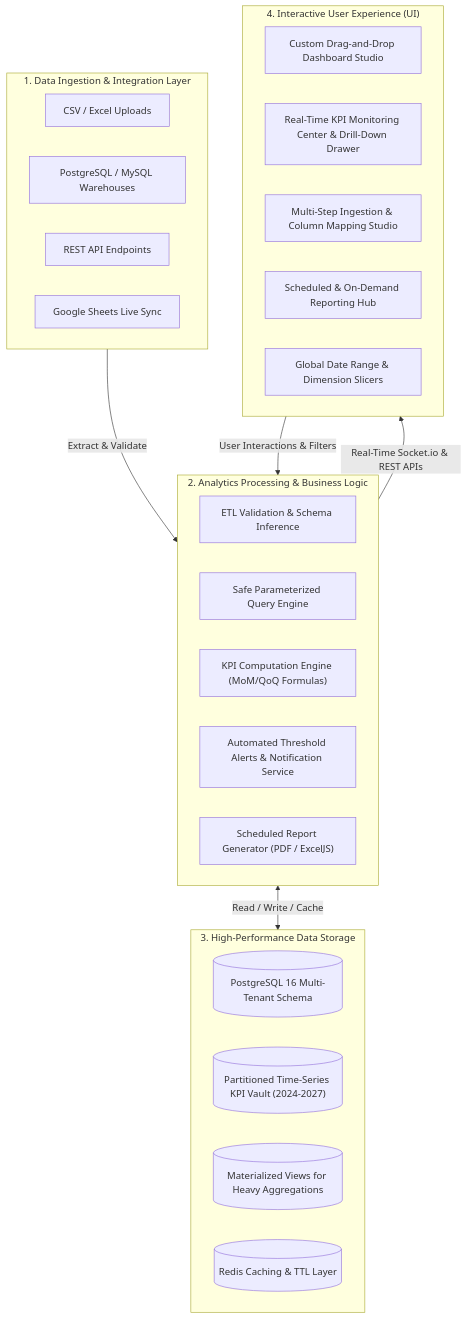
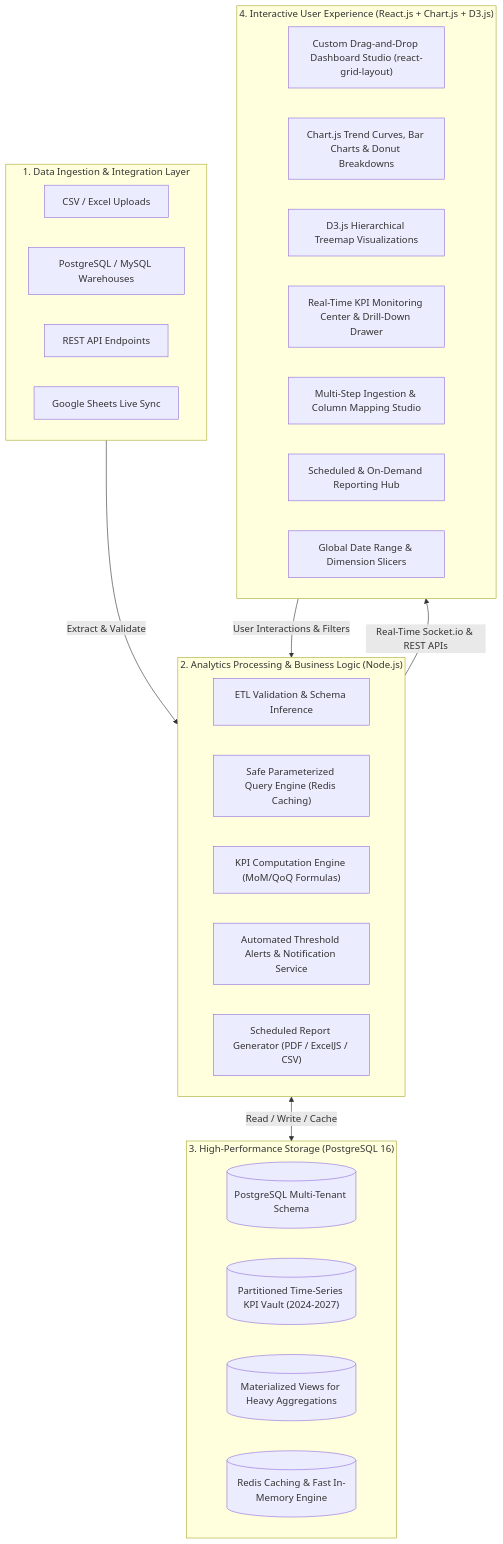
Before and after one commit to manyamahesh157/Data-Analytics-Business-Intelligence-Dashboard: the diagram in README.md, drawn with Mermaid. The commit also changed other lines of this file and 9 other files, not shown here.

Commit message:
feat: integrate D3.js treemap visualizer, add tech stack badges for React, Node, Postgres, Chart.js & D3.js

````diff
--- a/README.md
+++ b/README.md
@@ -12,37 +38,39 @@
 ```mermaid
 flowchart TD
     subgraph S1["1. Data Ingestion & Integration Layer"]
         A1["CSV / Excel Uploads"]
         A2["PostgreSQL / MySQL Warehouses"]
         A3["REST API Endpoints"]
         A4["Google Sheets Live Sync"]
     end
 
-    subgraph S2["2. Analytics Processing & Business Logic"]
+    subgraph S2["2. Analytics Processing & Business Logic (Node.js)"]
         B1["ETL Validation & Schema Inference"]
-        B2["Safe Parameterized Query Engine"]
+        B2["Safe Parameterized Query Engine (Redis Caching)"]
         B3["KPI Computation Engine (MoM/QoQ Formulas)"]
         B4["Automated Threshold Alerts & Notification Service"]
-        B5["Scheduled Report Generator (PDF / ExcelJS)"]
+        B5["Scheduled Report Generator (PDF / ExcelJS / CSV)"]
     end
 
-    subgraph S3["3. High-Performance Data Storage"]
-        C1[("PostgreSQL 16 Multi-Tenant Schema")]
+    subgraph S3["3. High-Performance Storage (PostgreSQL 16)"]
+        C1[("PostgreSQL Multi-Tenant Schema")]
         C2[("Partitioned Time-Series KPI Vault (2024-2027)")]
         C3[("Materialized Views for Heavy Aggregations")]
-        C4[("Redis Caching & TTL Layer")]
+        C4[("Redis Caching & Fast In-Memory Engine")]
     end
 
-    subgraph S4["4. Interactive User Experience (UI)"]
-        D1["Custom Drag-and-Drop Dashboard Studio"]
-        D2["Real-Time KPI Monitoring Center & Drill-Down Drawer"]
-        D3["Multi-Step Ingestion & Column Mapping Studio"]
-        D4["Scheduled & On-Demand Reporting Hub"]
-        D5["Global Date Range & Dimension Slicers"]
+    subgraph S4["4. Interactive User Experience (React.js + Chart.js + D3.js)"]
+        D1["Custom Drag-and-Drop Dashboard Studio (react-grid-layout)"]
+        D2["Chart.js Trend Curves, Bar Charts & Donut Breakdowns"]
+        D3["D3.js Hierarchical Treemap Visualizations"]
+        D4["Real-Time KPI Monitoring Center & Drill-Down Drawer"]
+        D5["Multi-Step Ingestion & Column Mapping Studio"]
+        D6["Scheduled & On-Demand Reporting Hub"]
+        D7["Global Date Range & Dimension Slicers"]
     end
 
     S1 -->|Extract & Validate| S2
     S2 <-->|Read / Write / Cache| S3
     S2 -->|Real-Time Socket.io & REST APIs| S4
     S4 -->|User Interactions & Filters| S2
 ```
````
